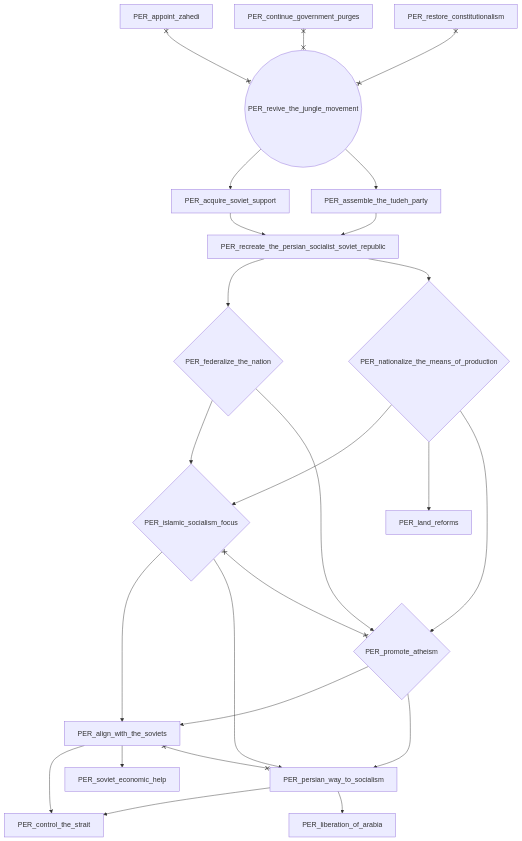
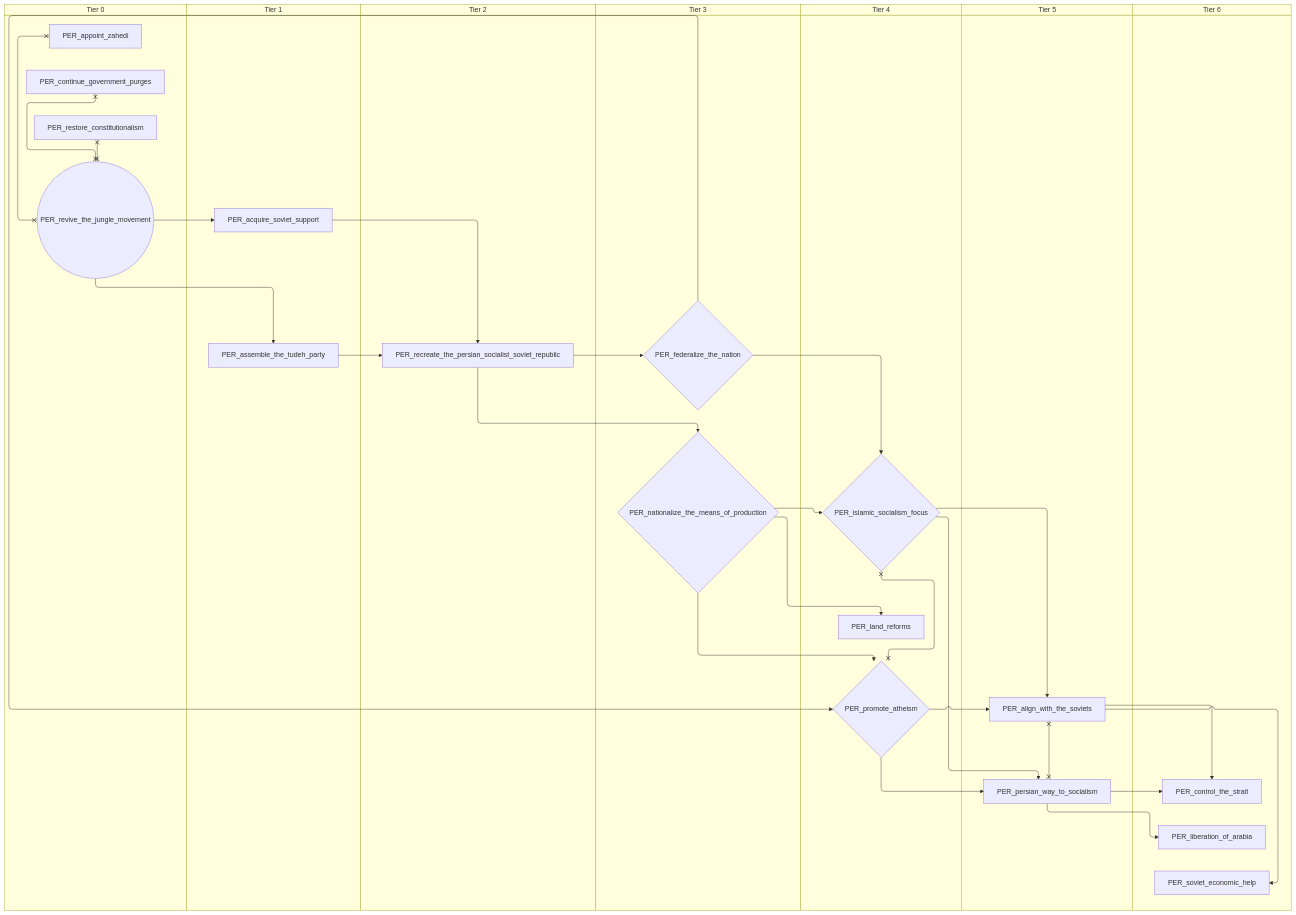
Before and after one commit to evgeny-sobol/hoi4-sandbox-mode-r56: the ninth of 9 diagrams in docs/gdd/National Focuses/r56/r56_persia.md, drawn with Mermaid. The commit also changed other lines of this file and 423 other files, not shown here.

First line of the commit message:
Re-export Rt56 focus trees as swimlane diagrams

````diff
--- a/docs/gdd/National Focuses/r56/r56_persia.md
+++ b/docs/gdd/National Focuses/r56/r56_persia.md
@@ -392,44 +482,58 @@
 ```mermaid
-flowchart TD
-    n100["PER_acquire_soviet_support"]
-    n101["PER_align_with_the_soviets"]
-    n36["PER_appoint_zahedi"]
-    n102["PER_assemble_the_tudeh_party"]
-    n37["PER_continue_government_purges"]
-    n103["PER_control_the_strait"]
-    n104{"PER_federalize_the_nation"}
-    n105{"PER_islamic_socialism_focus"}
-    n106["PER_land_reforms"]
-    n107["PER_liberation_of_arabia"]
-    n108{"PER_nationalize_the_means_of_production"}
-    n109["PER_persian_way_to_socialism"]
-    n110{"PER_promote_atheism"}
-    n111["PER_recreate_the_persian_socialist_soviet_republic"]
-    n50["PER_restore_constitutionalism"]
-    n52(("PER_revive_the_jungle_movement"))
-    n112["PER_soviet_economic_help"]
-    n52 --> n100
-    n105 --> n101
-    n110 --> n101
-    n52 --> n102
-    n109 --> n103
-    n101 --> n103
-    n111 --> n104
-    n108 --> n105
+swimlane-beta TD
+    subgraph tier_0["Tier 0"]
+        n35["PER_appoint_zahedi"]
+        n36["PER_continue_government_purges"]
+        n38["PER_restore_constitutionalism"]
+        n39(("PER_revive_the_jungle_movement"))
+    end
+    subgraph tier_1["Tier 1"]
+        n100["PER_acquire_soviet_support"]
+        n101["PER_assemble_the_tudeh_party"]
+    end
+    subgraph tier_2["Tier 2"]
+        n102["PER_recreate_the_persian_socialist_soviet_republic"]
+    end
+    subgraph tier_3["Tier 3"]
+        n103{"PER_federalize_the_nation"}
+        n104{"PER_nationalize_the_means_of_production"}
+    end
+    subgraph tier_4["Tier 4"]
+        n105{"PER_islamic_socialism_focus"}
+        n106["PER_land_reforms"]
+        n107{"PER_promote_atheism"}
+    end
+    subgraph tier_5["Tier 5"]
+        n108["PER_align_with_the_soviets"]
+        n109["PER_persian_way_to_socialism"]
+    end
+    subgraph tier_6["Tier 6"]
+        n110["PER_control_the_strait"]
+        n111["PER_liberation_of_arabia"]
+        n112["PER_soviet_economic_help"]
+    end
+    n39 --> n100
+    n105 --> n108
+    n107 --> n108
+    n39 --> n101
+    n109 --> n110
+    n108 --> n110
+    n102 --> n103
     n104 --> n105
-    n108 --> n106
-    n109 --> n107
-    n111 --> n108
+    n103 --> n105
+    n104 --> n106
+    n109 --> n111
+    n102 --> n104
     n105 --> n109
-    n110 --> n109
-    n108 --> n110
-    n104 --> n110
-    n100 --> n111
-    n102 --> n111
-    n101 --> n112
-    n101 x--x n109
-    n36 x--x n52
-    n37 x--x n52
-    n105 x--x n110
-    n50 x--x n52
+    n107 --> n109
+    n104 --> n107
+    n103 --> n107
+    n100 --> n102
+    n101 --> n102
+    n108 --> n112
+    n108 x--x n109
+    n35 x--x n39
+    n36 x--x n39
+    n105 x--x n107
+    n38 x--x n39
 ```
````
